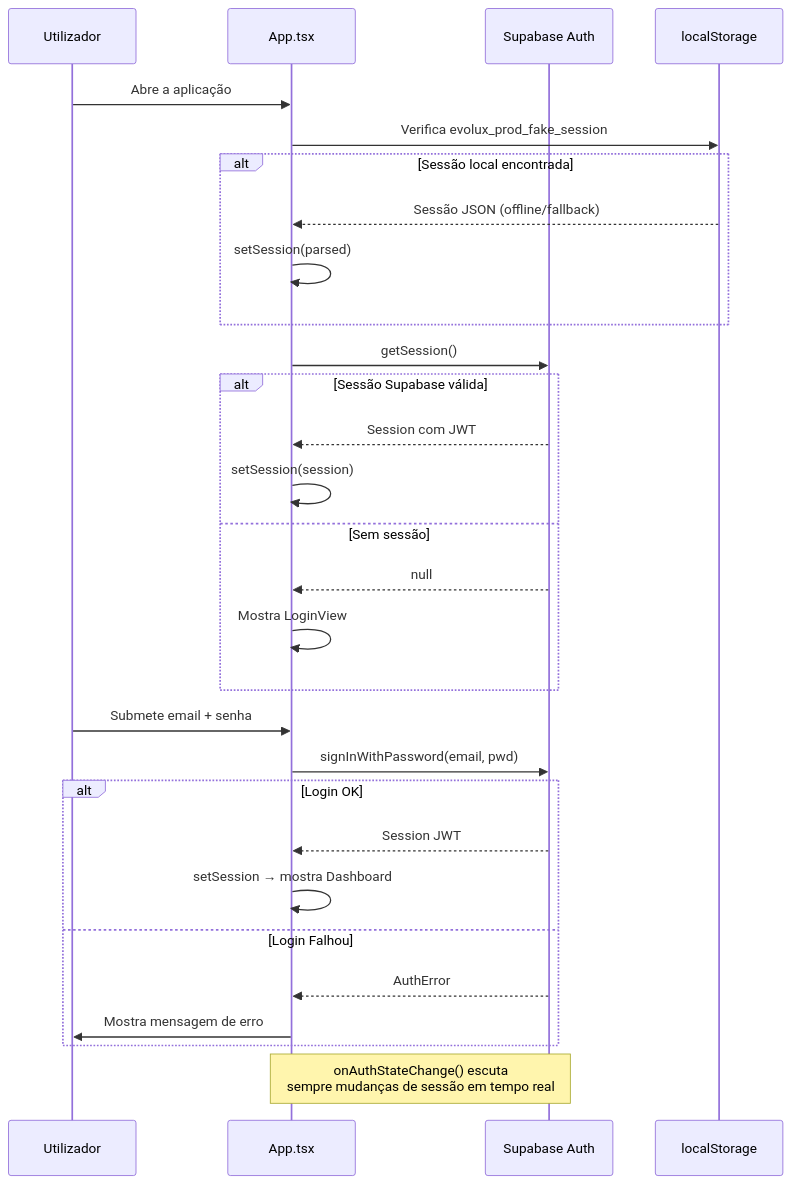
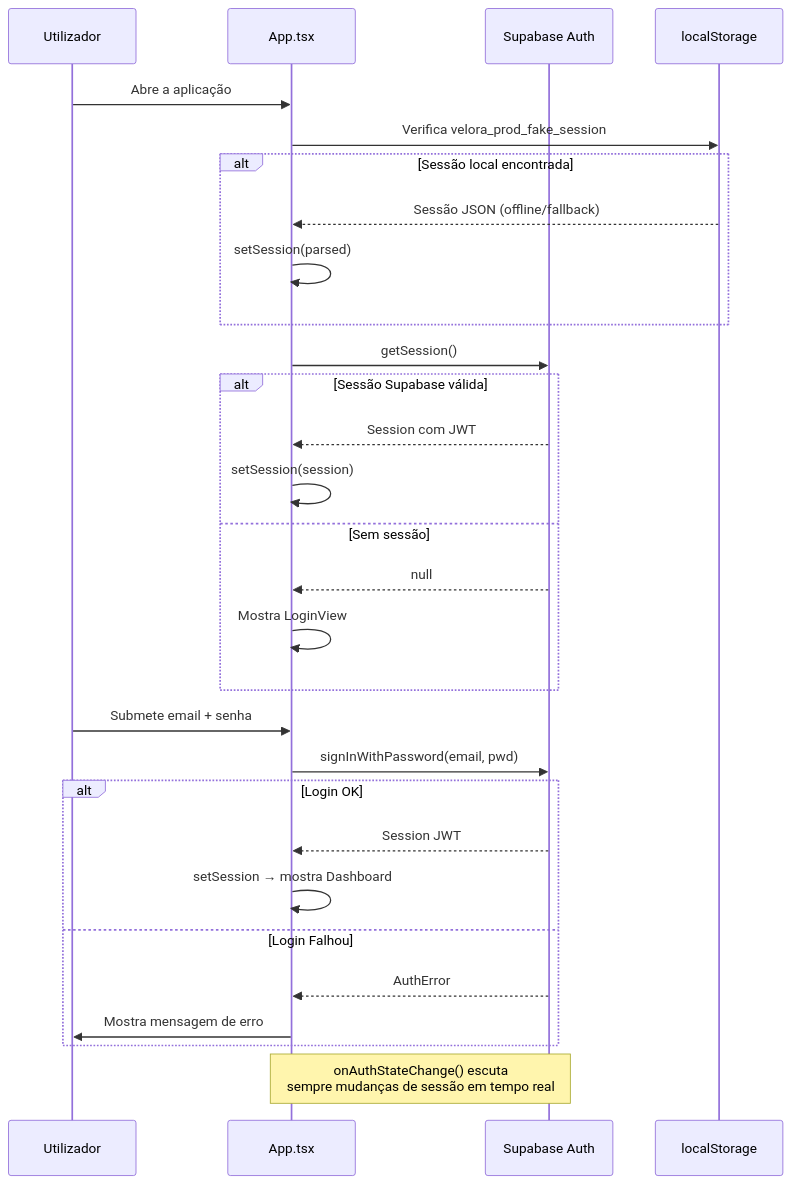
Before and after one commit to elidiojoaomaibass-lgtm/Evolux: the second of 5 diagrams in docs/walkthrough.md, drawn with Mermaid. The commit also changed other lines of this file and 21 other files, not shown here.

Commit message:
Renomear plataforma: Evolux -> VELORA em todo o projeto

````diff
--- a/docs/walkthrough.md
+++ b/docs/walkthrough.md
@@ -171,34 +171,34 @@
 ```mermaid
 sequenceDiagram
     participant U as Utilizador
     participant APP as App.tsx
     participant SB as Supabase Auth
     participant LS as localStorage
 
     U->>APP: Abre a aplicação
-    APP->>LS: Verifica evolux_prod_fake_session
+    APP->>LS: Verifica velora_prod_fake_session
     alt Sessão local encontrada
         LS-->>APP: Sessão JSON (offline/fallback)
         APP->>APP: setSession(parsed)
     end
     APP->>SB: getSession()
     alt Sessão Supabase válida
         SB-->>APP: Session com JWT
         APP->>APP: setSession(session)
     else Sem sessão
         SB-->>APP: null
         APP->>APP: Mostra LoginView
     end
 
     U->>APP: Submete email + senha
     APP->>SB: signInWithPassword(email, pwd)
     alt Login OK
         SB-->>APP: Session JWT
         APP->>APP: setSession → mostra Dashboard
     else Login Falhou
         SB-->>APP: AuthError
         APP->>U: Mostra mensagem de erro
     end
 
     Note over APP,SB: onAuthStateChange() escuta<br/>sempre mudanças de sessão em tempo real
 ```
````
